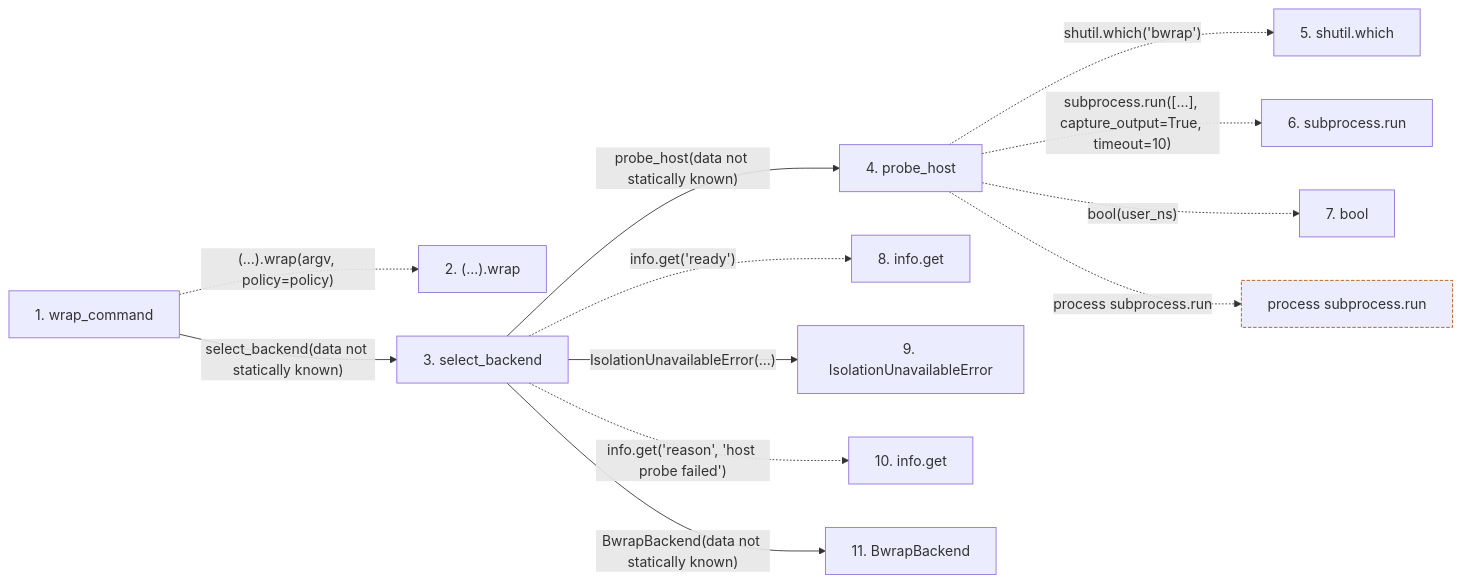
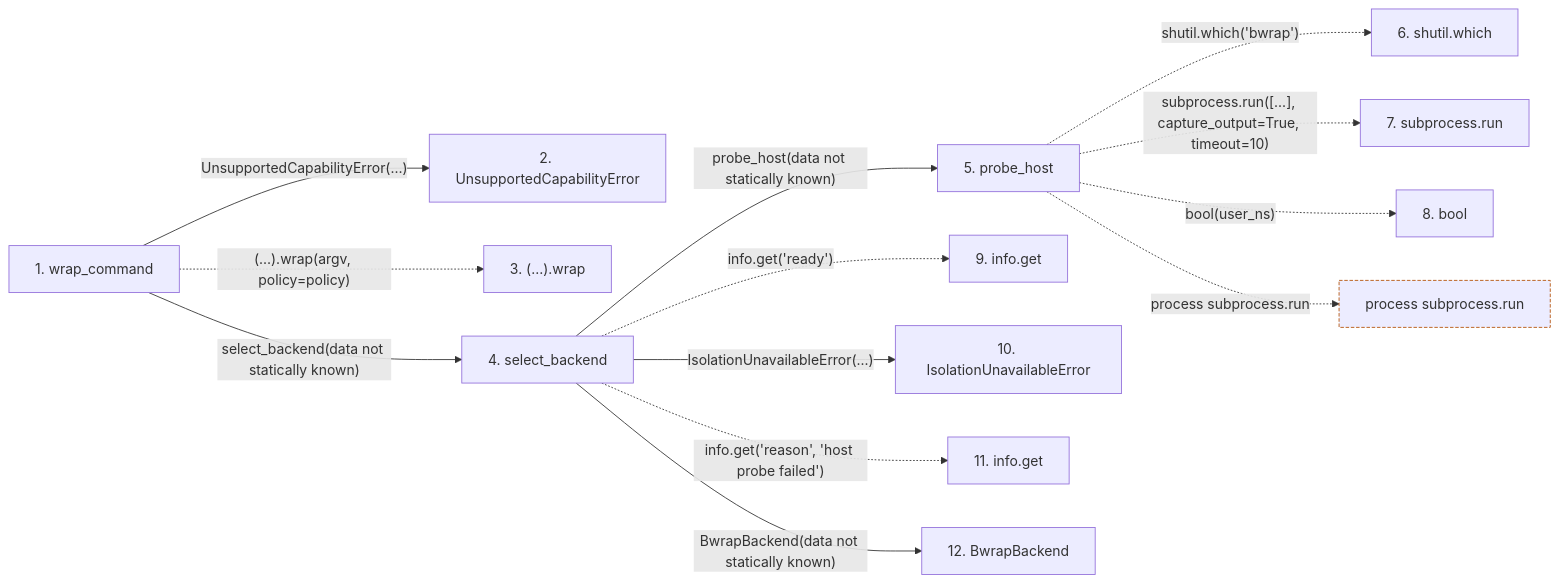
Before and after one commit to Denissvgn/autoresearch-agent: the second of 2 diagrams in docs/llm_wiki/flows/api-wrap_command.md, drawn with Mermaid. The commit also changed other lines of this file and 1033 other files, not shown here.

````diff
--- a/docs/llm_wiki/flows/api-wrap_command.md
+++ b/docs/llm_wiki/flows/api-wrap_command.md
@@ -44,33 +46,36 @@
 ```mermaid
 flowchart LR
     s1["1. wrap_command"]
-    s2["2. (…).wrap"]
-    s3["3. select_backend"]
-    s4["4. probe_host"]
-    s5["5. shutil.which"]
-    s6["6. subprocess.run"]
-    s7["7. bool"]
-    s8["8. info.get"]
-    s9["9. IsolationUnavailableError"]
-    s10["10. info.get"]
-    s11["11. BwrapBackend"]
-    s1 -. "(…).wrap(argv, policy=policy)" .-> s2
-    s1 -->|"select_backend(data not statically known)"| s3
-    s3 -->|"probe_host(data not statically known)"| s4
-    s4 -. "shutil.which('bwrap')" .-> s5
-    s4 -. "subprocess.run([...], capture_output=True, timeout=10)" .-> s6
-    s4 -. "bool(user_ns)" .-> s7
-    s3 -. "info.get('ready')" .-> s8
-    s3 -->|"IsolationUnavailableError(...)"| s9
-    s3 -. "info.get('reason', 'host probe failed')" .-> s10
-    s3 -->|"BwrapBackend(data not statically known)"| s11
+    s2["2. UnsupportedCapabilityError"]
+    s3["3. (…).wrap"]
+    s4["4. select_backend"]
+    s5["5. probe_host"]
+    s6["6. shutil.which"]
+    s7["7. subprocess.run"]
+    s8["8. bool"]
+    s9["9. info.get"]
+    s10["10. IsolationUnavailableError"]
+    s11["11. info.get"]
+    s12["12. BwrapBackend"]
+    s1 -->|"UnsupportedCapabilityError(…)"| s2
+    s1 -. "(…).wrap(argv, policy=policy)" .-> s3
+    s1 -->|"select_backend(data not statically known)"| s4
+    s4 -->|"probe_host(data not statically known)"| s5
+    s5 -. "shutil.which('bwrap')" .-> s6
+    s5 -. "subprocess.run([...], capture_output=True, timeout=10)" .-> s7
+    s5 -. "bool(user_ns)" .-> s8
+    s4 -. "info.get('ready')" .-> s9
+    s4 -->|"IsolationUnavailableError(...)"| s10
+    s4 -. "info.get('reason', 'host probe failed')" .-> s11
+    s4 -->|"BwrapBackend(data not statically known)"| s12
     b0["process subprocess.run"]
-    s4 -. "process subprocess.run" .-> b0
+    s5 -. "process subprocess.run" .-> b0
     click s1 "../modules/isolation.md"
-    click s3 "../modules/isolation.md"
+    click s2 "../modules/isolation.md"
     click s4 "../modules/isolation.md"
-    click s9 "../modules/isolation.md"
-    click s11 "../modules/isolation.md"
+    click s5 "../modules/isolation.md"
+    click s10 "../modules/isolation.md"
+    click s12 "../modules/isolation.md"
     classDef boundary stroke:#b45309,stroke-dasharray: 4 2
     class b0 boundary
 ```
````
